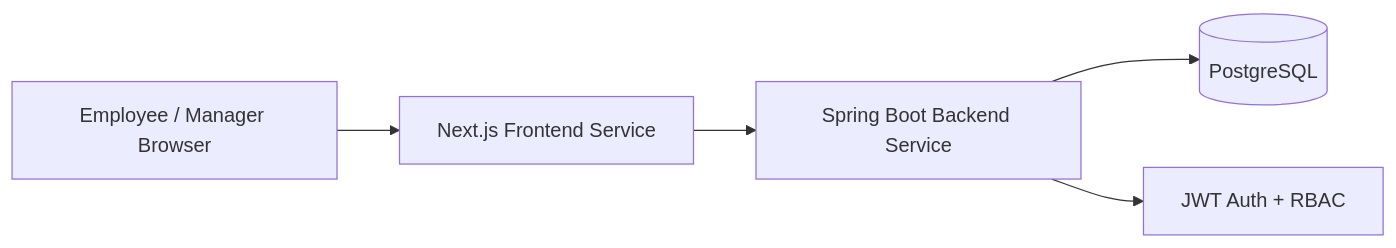
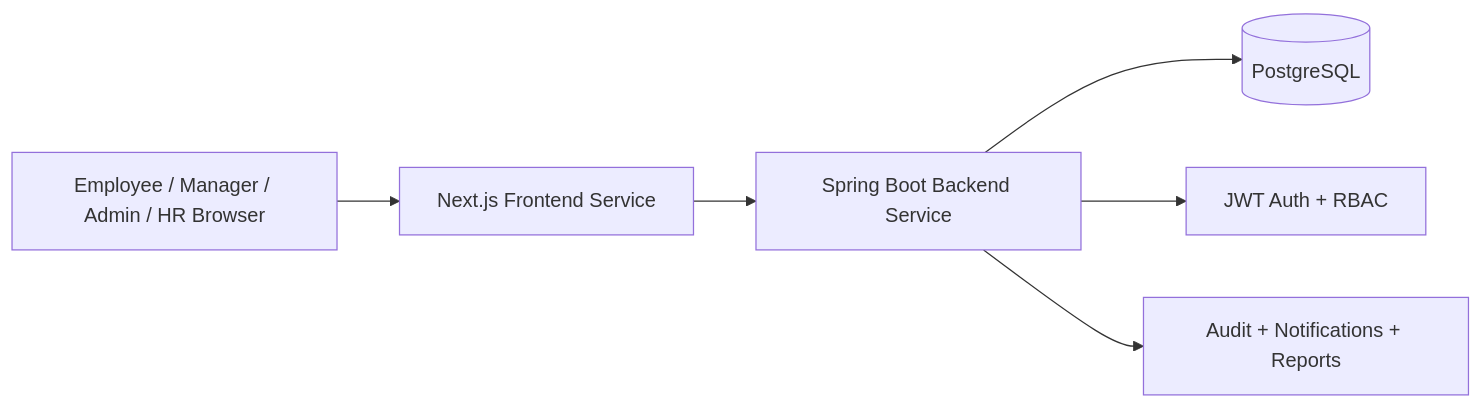
Before and after one commit to blackFLINT/ESS-SalaryAdvance: the diagram in docs/Project_Documentation.md, drawn with Mermaid. The commit also changed other lines of this file and 84 other files, not shown here.

````diff
--- a/docs/Project_Documentation.md
+++ b/docs/Project_Documentation.md
@@ -98,7 +113,8 @@
 ```mermaid
 flowchart LR
-  A[Employee / Manager Browser] --> B[Next.js Frontend Service]
+  A[Employee / Manager / Admin / HR Browser] --> B[Next.js Frontend Service]
   B --> C[Spring Boot Backend Service]
   C --> D[(PostgreSQL)]
   C --> E[JWT Auth + RBAC]
+  C --> F[Audit + Notifications + Reports]
 ```
````
